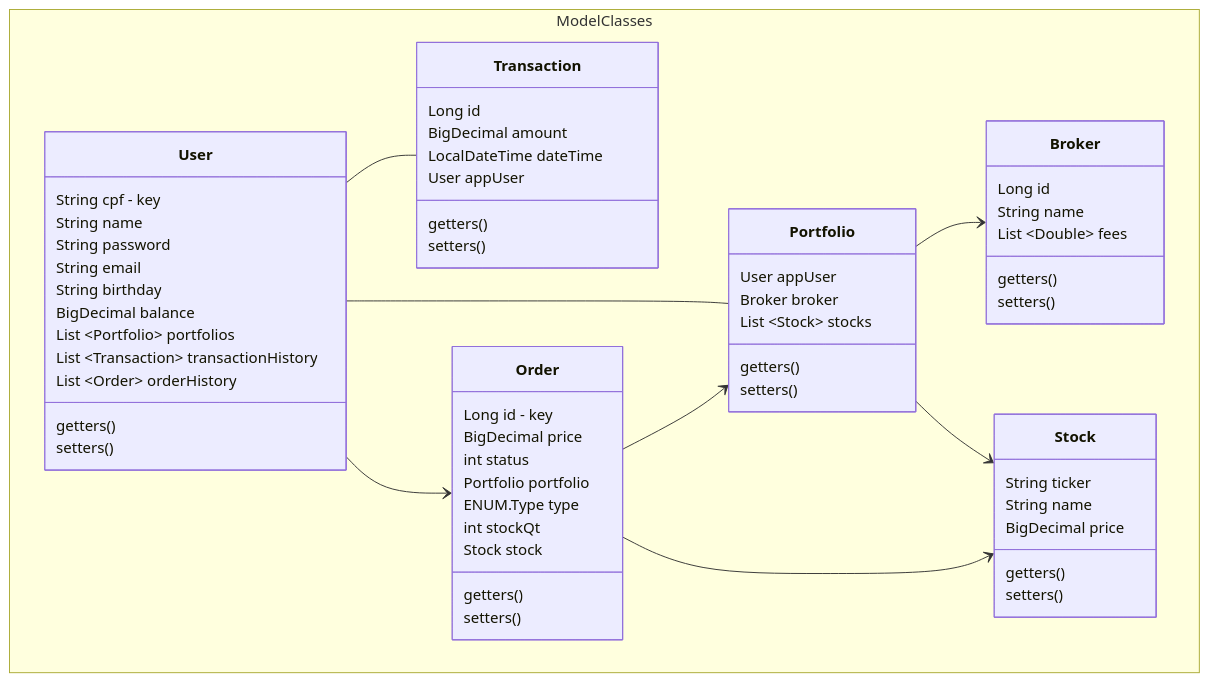
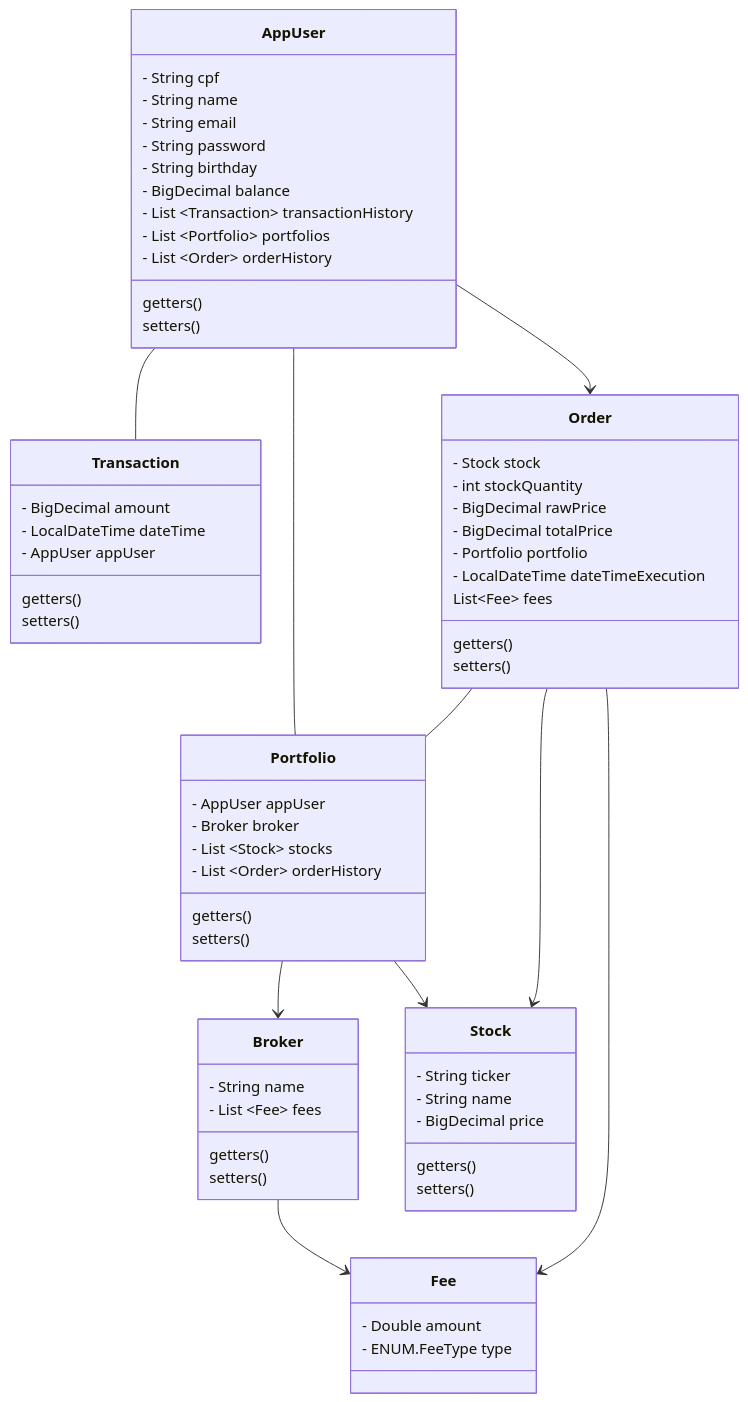
The first of 3 diagrams in README.md (leialemon/projeto-web-b3), drawn with Mermaid before and after one commit. The commit also changed other lines of this file, not shown here.

Commit message:
Atualização do mermaid

````diff
--- a/README.md
+++ b/README.md
@@ -11,75 +11,78 @@
 ```mermaid
 classDiagram
-namespace ModelClasses {
-
-class User {
-    String cpf - key
-    String name
-    String password
-    String email
-    String birthday
-    BigDecimal balance
-    List ~Portfolio~ portfolios
-    List ~Transaction~ transactionHistory
-    List ~Order~ orderHistory
+class AppUser {
+    - String cpf 
+    - String name
+    - String email
+    - String password
+    - String birthday
+    - BigDecimal balance
+    - List ~Transaction~ transactionHistory
+    - List ~Portfolio~ portfolios
+    - List ~Order~ orderHistory
     getters()
     setters()
 }
 
 class Order{
-    Long id - key
-    BigDecimal price
-    int status
-    Portfolio portfolio
-    ENUM.Type type
-    int stockQt
-    Stock stock
+    - Stock stock
+    - int stockQuantity
+    - BigDecimal rawPrice
+    - BigDecimal totalPrice
+    - Portfolio portfolio
+    - LocalDateTime dateTimeExecution
+    List~Fee~ fees
     getters()
     setters()
 }
 
 class Stock{
-    String ticker
-    String name
-    BigDecimal price
+    - String ticker
+    - String name
+    - BigDecimal price
     getters()
     setters()
 }
 
 class Broker{
-    Long id
-    String name
-    List ~Double~ fees
+    - String name
+    - List ~Fee~ fees
     getters()
     setters()
 }
 
 class Portfolio{
-    User appUser
-    Broker broker
-    List ~Stock~ stocks
+    - AppUser appUser
+    - Broker broker
+    - List ~Stock~ stocks
+    - List ~Order~ orderHistory
     getters()
     setters()
 }
 
 class Transaction{
-    Long id
-    BigDecimal amount
-    LocalDateTime dateTime
-    User appUser
+    - BigDecimal amount
+    - LocalDateTime dateTime
+    - AppUser appUser
     getters()
     setters()
 }
 
+class Fee{
+   - Double amount
+   - ENUM.FeeType type
 }
 
-User -- Transaction
-User -- Portfolio
-User --> Order
+AppUser -- Transaction
+AppUser -- Portfolio
+AppUser --> Order
 
-Order --> Portfolio
+Order -- Portfolio
 Order --> Stock
+Order --> Fee
 
 Portfolio --> Broker
 Portfolio --> Stock
+
+Broker --> Fee
 ```
````
